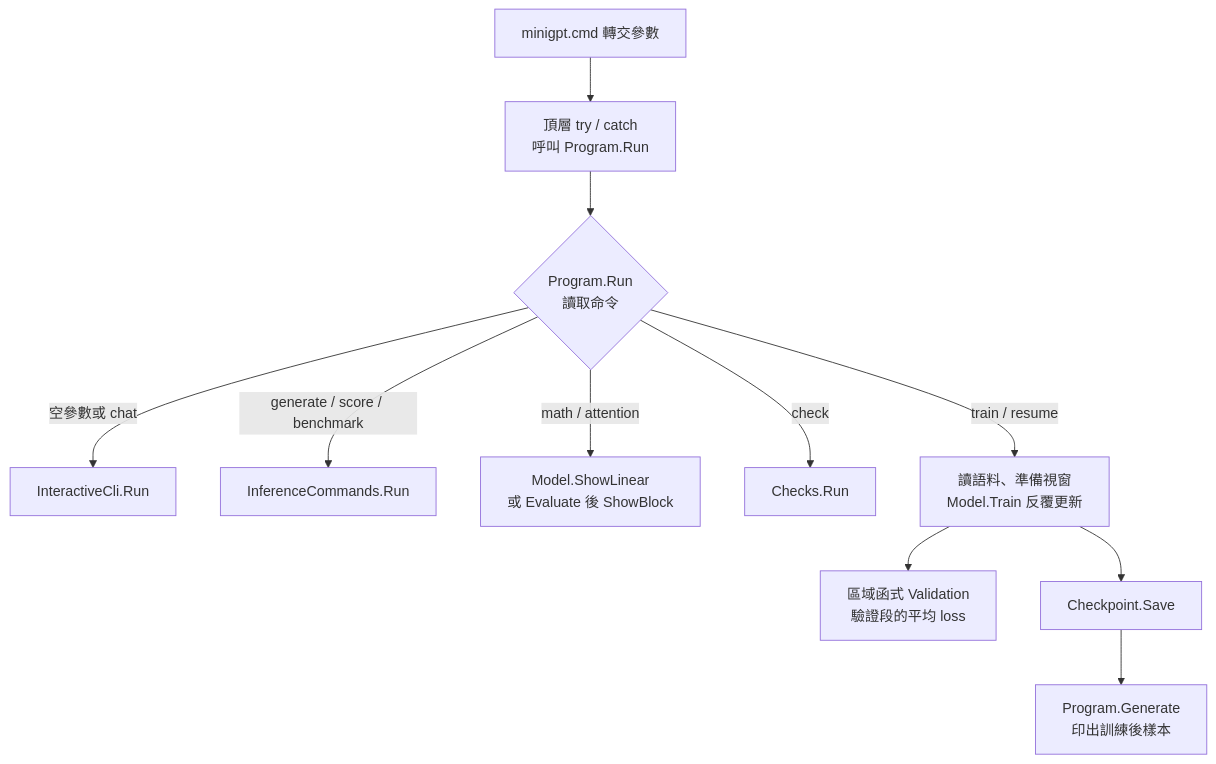
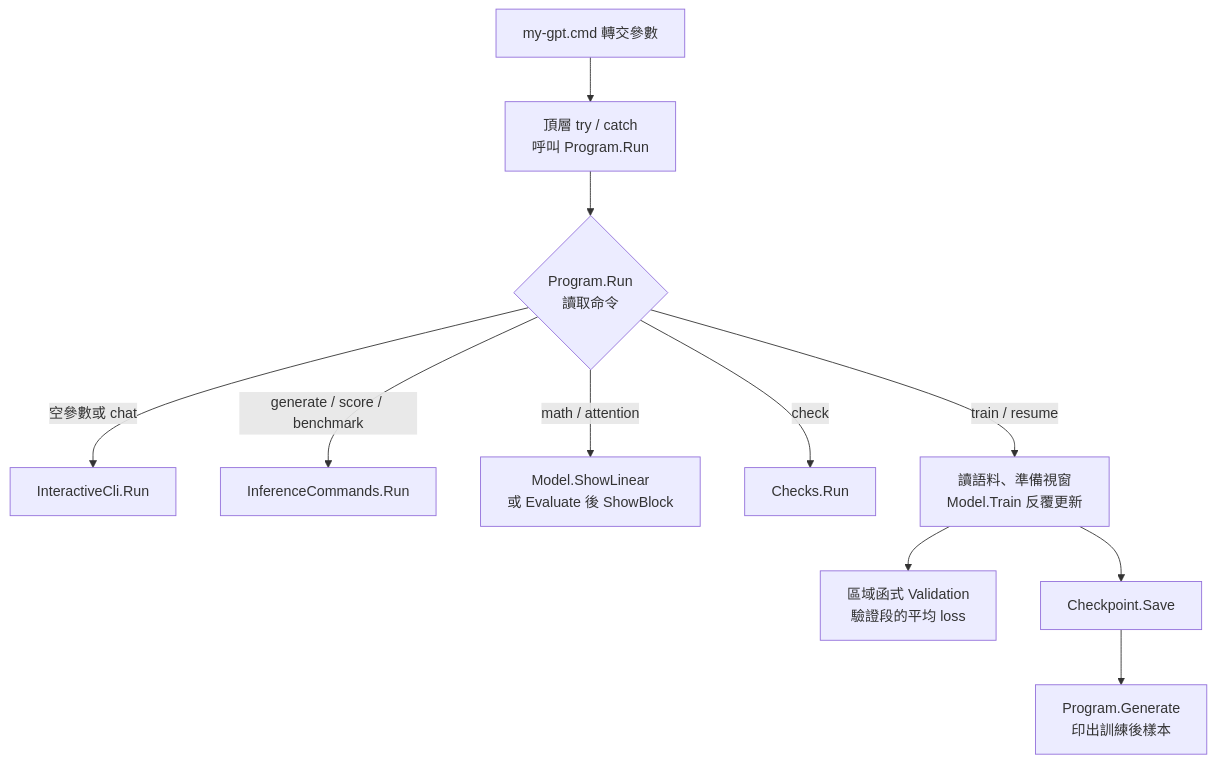
One commit to tingwei628/my-gpt changed the second of 8 diagrams in docs/functions.md. Above: the diagram before and after it, drawn with Mermaid. The commit also changed other lines of this file and 18 other files, not shown here.

````diff
--- a/docs/functions.md
+++ b/docs/functions.md
@@ -32,13 +32,13 @@
 ```mermaid
 flowchart TD
-    A["minigpt.cmd 轉交參數"] --> B["頂層 try / catch<br/>呼叫 Program.Run"]
+    A["my-gpt.cmd 轉交參數"] --> B["頂層 try / catch<br/>呼叫 Program.Run"]
     B --> C{"Program.Run<br/>讀取命令"}
     C -->|"空參數或 chat"| D["InteractiveCli.Run"]
     C -->|"generate / score / benchmark"| E["InferenceCommands.Run"]
     C -->|"math / attention"| F["Model.ShowLinear<br/>或 Evaluate 後 ShowBlock"]
     C -->|"check"| G["Checks.Run"]
     C -->|"train / resume"| H["讀語料、準備視窗<br/>Model.Train 反覆更新"]
     H --> V["區域函式 Validation<br/>驗證段的平均 loss"]
     H --> S["Checkpoint.Save"]
     S --> P["Program.Generate<br/>印出訓練後樣本"]
 ```
````
